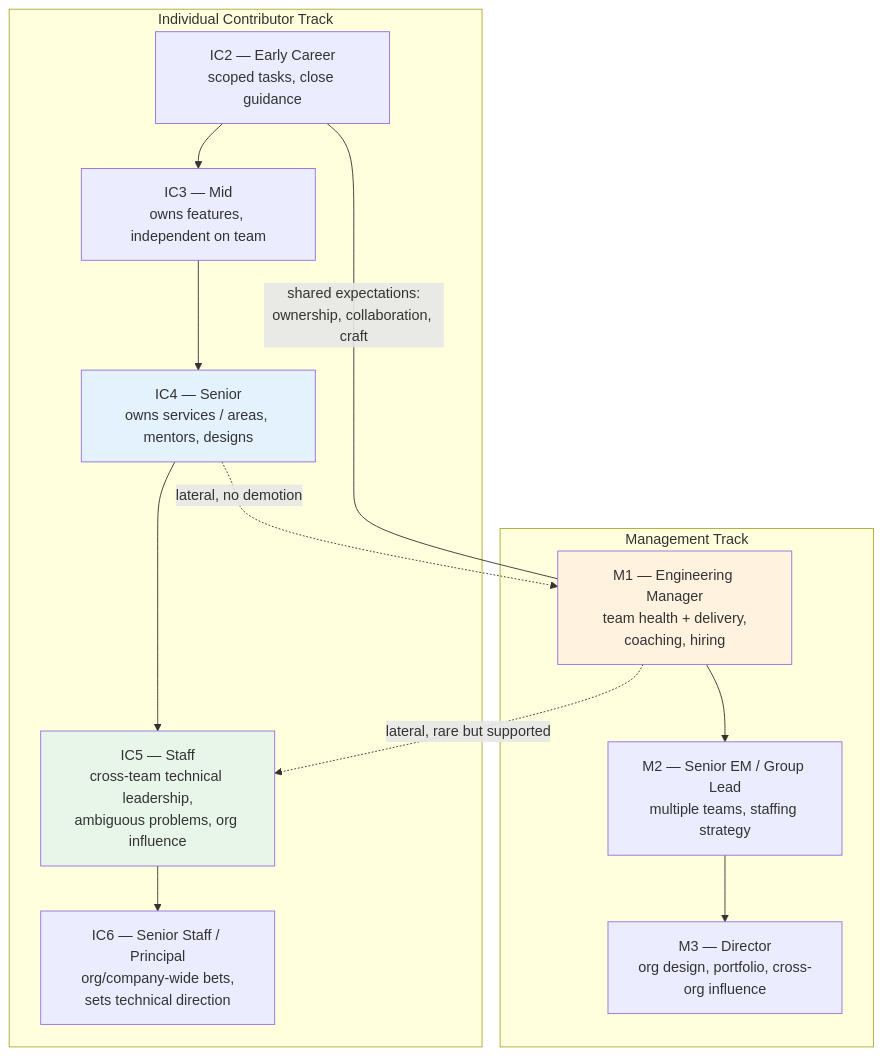
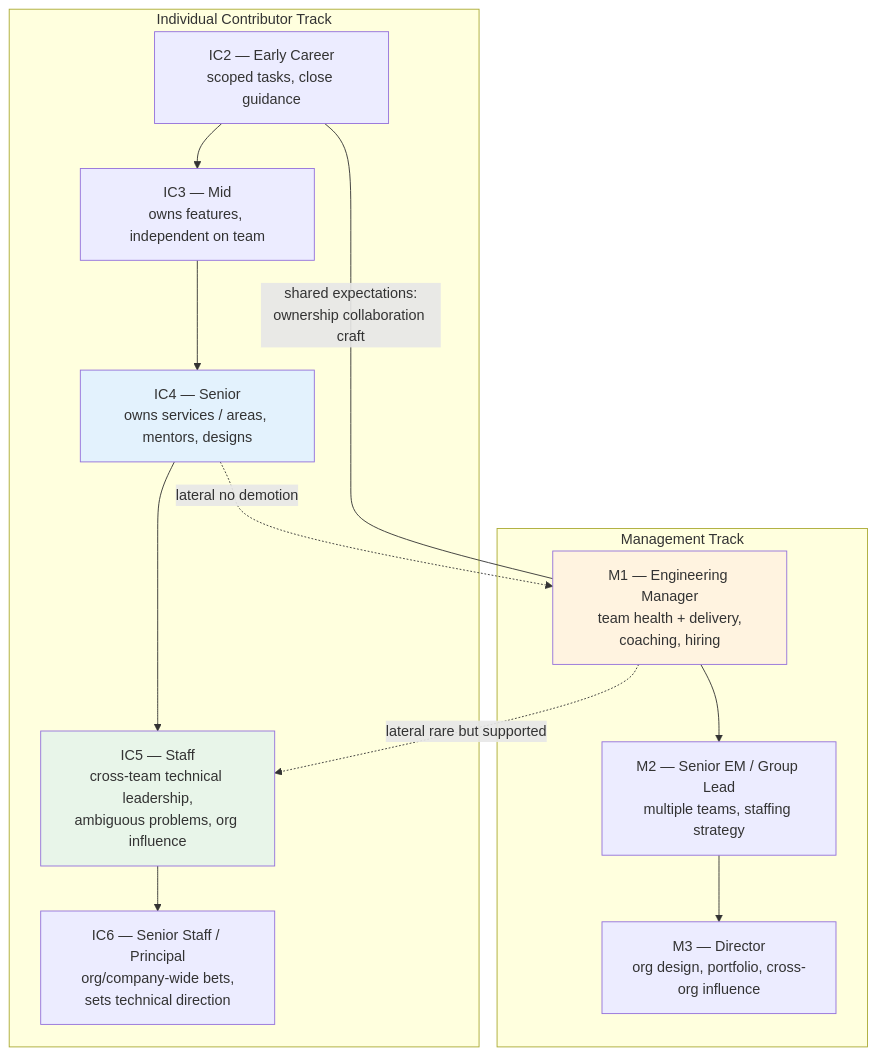
The fourth of 7 diagrams in vol-15-swe-practice/ch10-teams.md (bumbsclaw/textbooks), drawn with Mermaid before and after one commit. The commit also changed 173 other files, not shown here.

First line of the commit message:
fix(mermaid): close note brackets, semicolons in Notes, stateDiagram br -> dash, edge parens

````diff
--- a/vol-15-swe-practice/ch10-teams.md
+++ b/vol-15-swe-practice/ch10-teams.md
@@ -375,26 +375,26 @@
 ```mermaid
 flowchart TB
     subgraph IC["Individual Contributor Track"]
         IC2["IC2 — Early Career<br/>scoped tasks, close guidance"]
         IC3["IC3 — Mid<br/>owns features, independent on team"]
         IC4["IC4 — Senior<br/>owns services / areas, mentors, designs"]
         IC5["IC5 — Staff<br/>cross-team technical leadership,<br/>ambiguous problems, org influence"]
         IC6["IC6 — Senior Staff / Principal<br/>org/company-wide bets,<br/>sets technical direction"]
         IC2 --> IC3 --> IC4 --> IC5 --> IC6
     end
 
     subgraph M["Management Track"]
         M1["M1 — Engineering Manager<br/>team health + delivery,<br/>coaching, hiring"]
         M2["M2 — Senior EM / Group Lead<br/>multiple teams, staffing strategy"]
         M3["M3 — Director<br/>org design, portfolio, cross-org influence"]
         M1 --> M2 --> M3
     end
 
-    IC4 -.->|"lateral, no demotion"| M1
-    M1 -.->|"lateral, rare but supported"| IC5
-    IC2 ---|"shared expectations:<br/>ownership, collaboration, craft"| M1
+    IC4 -.->|"lateral no demotion"| M1
+    M1 -.->|"lateral rare but supported"| IC5
+    IC2 ---|"shared expectations:<br >ownership collaboration craft"| M1
 
     style IC4 fill:#e3f2fd
     style IC5 fill:#e8f5e9
     style M1 fill:#fff3e0
 ```
````
